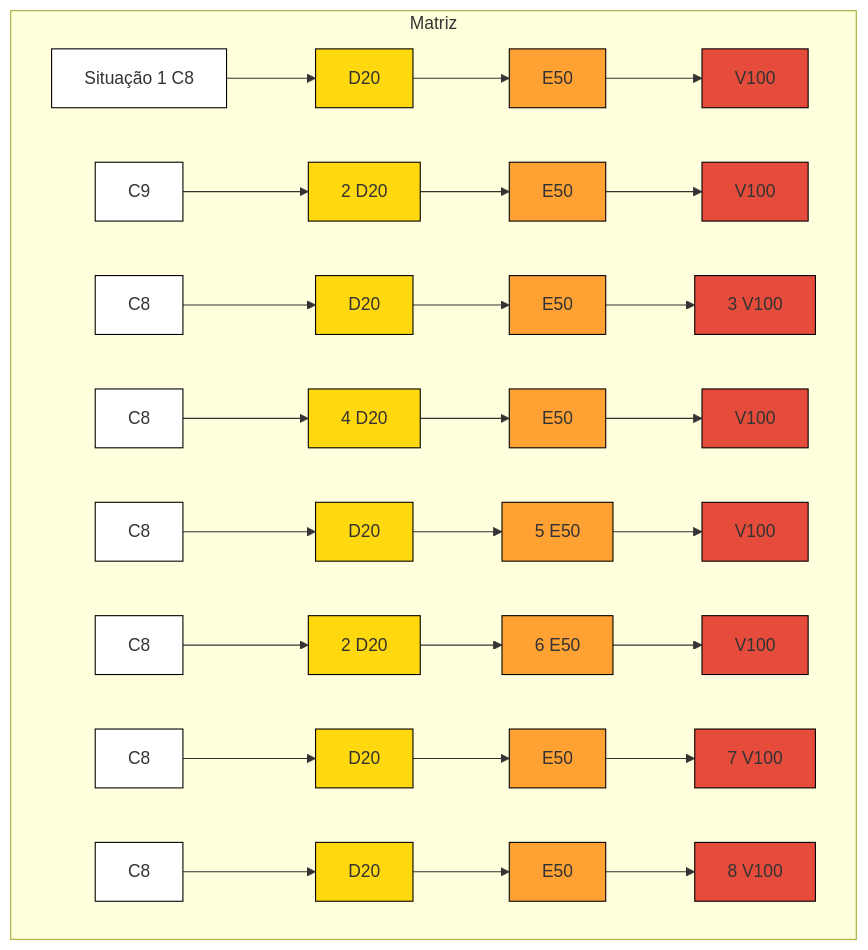
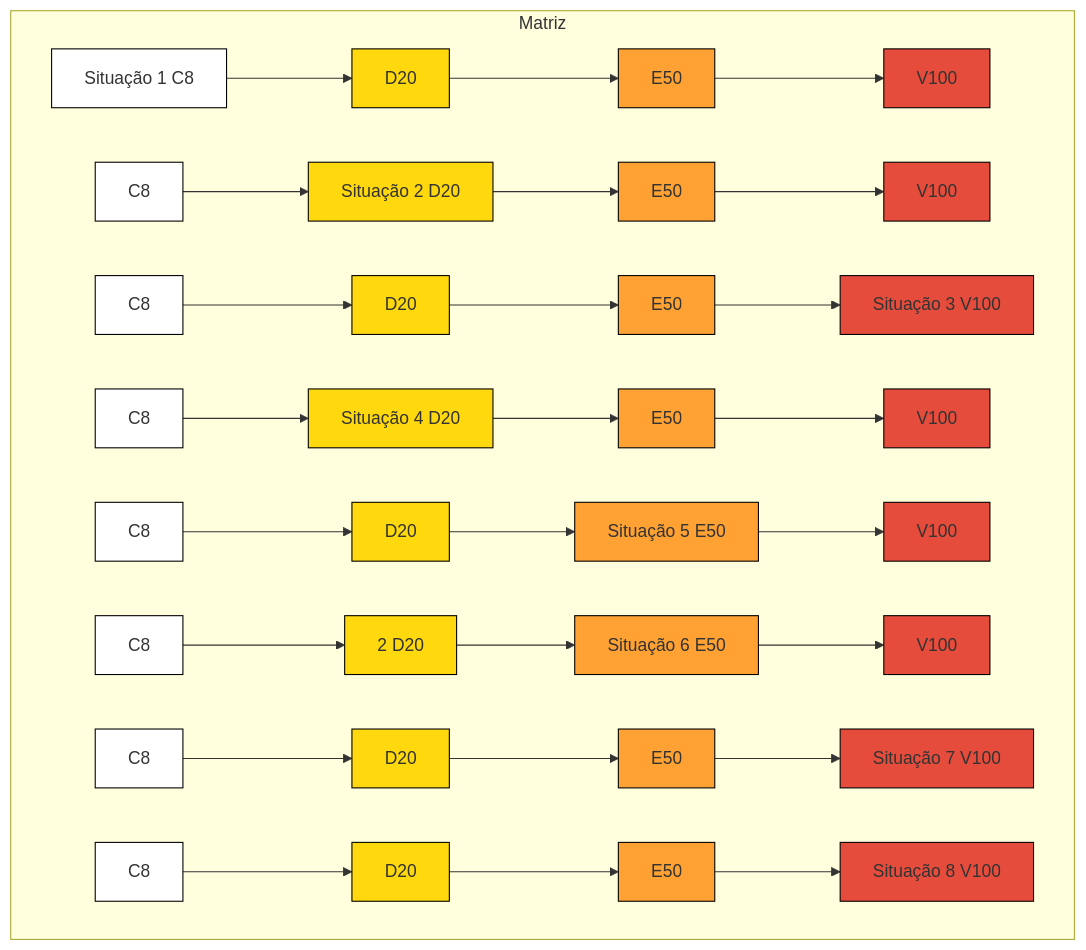
The diagram in README.md (AnandaMazine/Metodo-Agil-Crystal), drawn with Mermaid before and after one commit.

````diff
--- a/README.md
+++ b/README.md
@@ -3,18 +3,18 @@
 ```mermaid
 graph TD
   subgraph Matriz
 A1["Situação 1 C8"]:::branco --> A2["D20"]:::amarelo --> A3["E50"]:::laranja --> A4["V100"]:::vermelho
-B1["C9"]:::branco --> B2["2 D20"]:::amarelo --> B3["E50"]:::laranja --> B4["V100"]:::vermelho
-C1["C8"]:::branco --> C2["D20"]:::amarelo --> C3["E50"]:::laranja --> C4["3 V100"]:::vermelho
-D1["C8"]:::branco --> D2["4 D20"]:::amarelo --> D3["E50"]:::laranja --> D4["V100"]:::vermelho
-E1["C8"]:::branco --> E2["D20"]:::amarelo --> E3["5 E50"]:::laranja --> E4["V100"]:::vermelho
-F1["C8"]:::branco --> F2["2 D20"]:::amarelo --> F3["6 E50"]:::laranja --> F4["V100"]:::vermelho
-G1["C8"]:::branco --> G2["D20"]:::amarelo --> G3["E50"]:::laranja --> G4["7 V100"]:::vermelho
-H1["C8"]:::branco --> H2["D20"]:::amarelo --> H3["E50"]:::laranja --> H4["8 V100"]:::vermelho
+B1["C8"]:::branco --> B2["Situação 2 D20"]:::amarelo --> B3["E50"]:::laranja --> B4["V100"]:::vermelho
+C1["C8"]:::branco --> C2["D20"]:::amarelo --> C3["E50"]:::laranja --> C4["Situação 3 V100"]:::vermelho
+D1["C8"]:::branco --> D2["Situação 4 D20"]:::amarelo --> D3["E50"]:::laranja --> D4["V100"]:::vermelho
+E1["C8"]:::branco --> E2["D20"]:::amarelo --> E3["Situação 5 E50"]:::laranja --> E4["V100"]:::vermelho
+F1["C8"]:::branco --> F2["2 D20"]:::amarelo --> F3["Situação 6 E50"]:::laranja --> F4["V100"]:::vermelho
+G1["C8"]:::branco --> G2["D20"]:::amarelo --> G3["E50"]:::laranja --> G4["Situação 7 V100"]:::vermelho
+H1["C8"]:::branco --> H2["D20"]:::amarelo --> H3["E50"]:::laranja --> H4["Situação 8 V100"]:::vermelho
 
 end
 classDef branco fill:#fff, stroke:#000, stroke-width:1px;
 classDef amarelo fill:#FFD80D, stroke:#000, stroke-width:1px;
 classDef laranja fill:#FFA233, stroke:#000, stroke-width:1px;
 classDef vermelho fill:#E64C3C, stroke:#000, stroke-width:1px;
 ```
````
